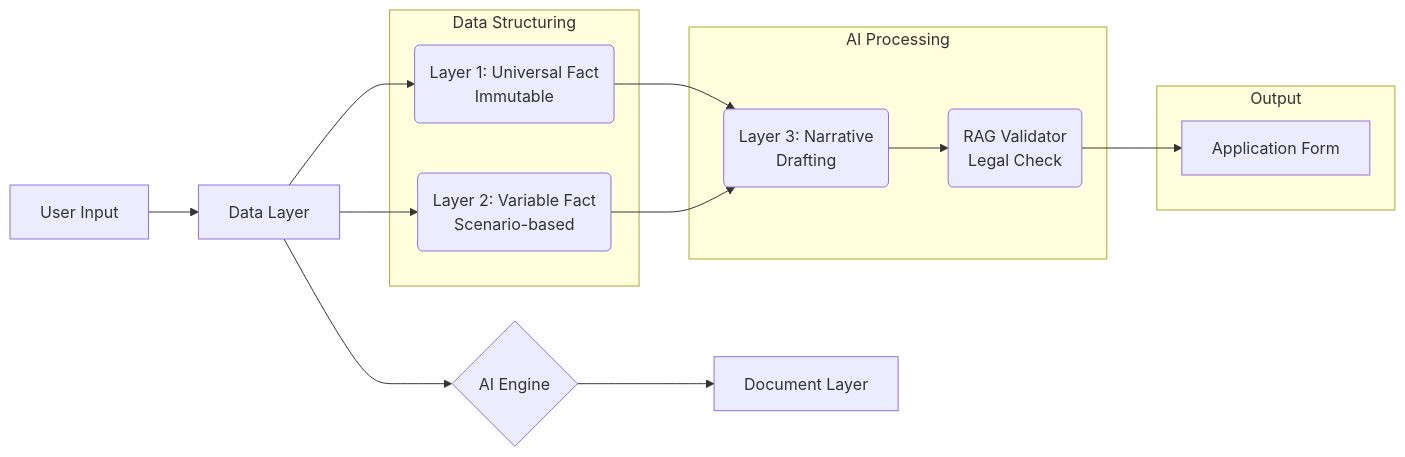
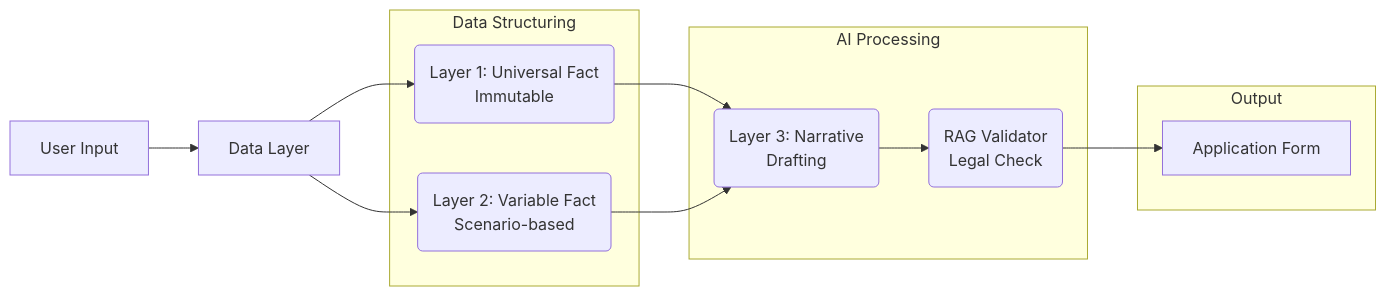
Before and after one commit to korea-stay/.github: the diagram in profile/README.md, drawn with Mermaid.

````diff
--- a/profile/README.md
+++ b/profile/README.md
@@ -43,25 +43,23 @@
 ```mermaid
 graph LR
     User[User Input] --> A[Data Layer]
-    A --> B{AI Engine}
-    B --> C[Document Layer]
 
     subgraph "Data Structuring"
         A1(Layer 1: Universal Fact<br/>Immutable)
         A2(Layer 2: Variable Fact<br/>Scenario-based)
     end
     
     subgraph "AI Processing"
         B1(Layer 3: Narrative<br/>Drafting)
         B2(RAG Validator<br/>Legal Check)
     end
 
     subgraph "Output"
         C1[Application Form]
     end
 
     A --> A1 & A2
     A1 & A2 --> B1
     B1 --> B2
     B2 --> C1
 ```
````
